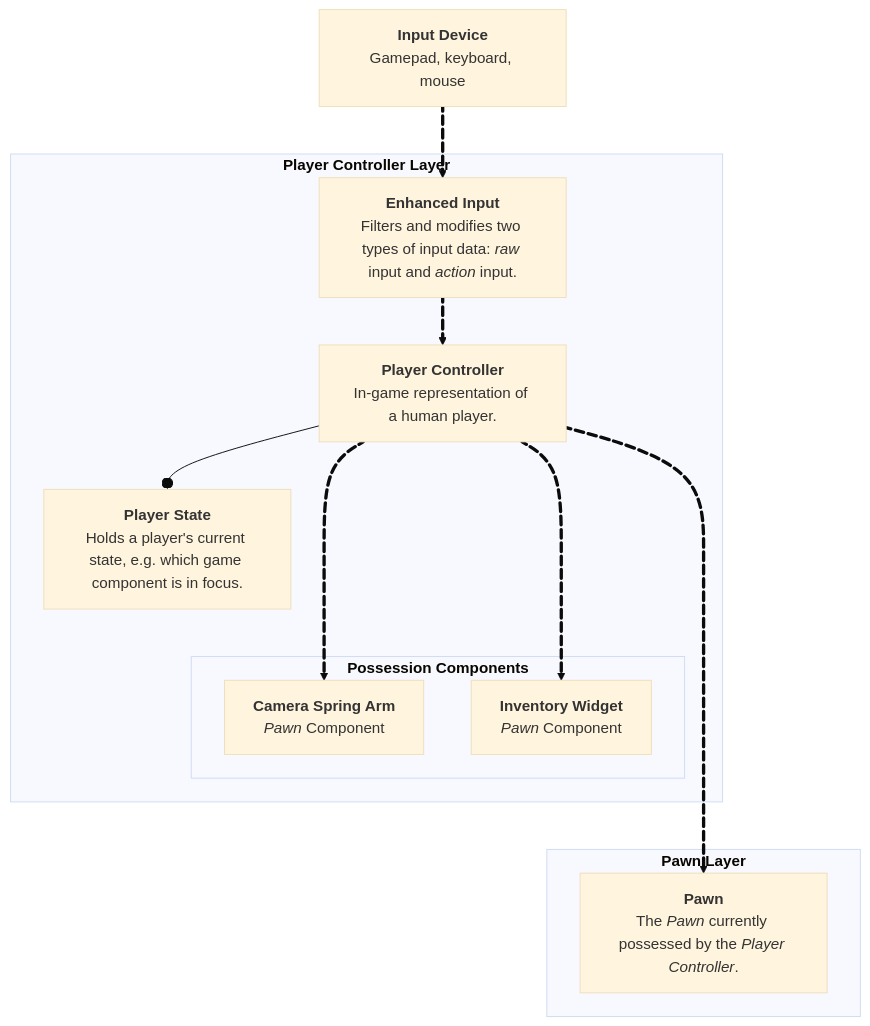
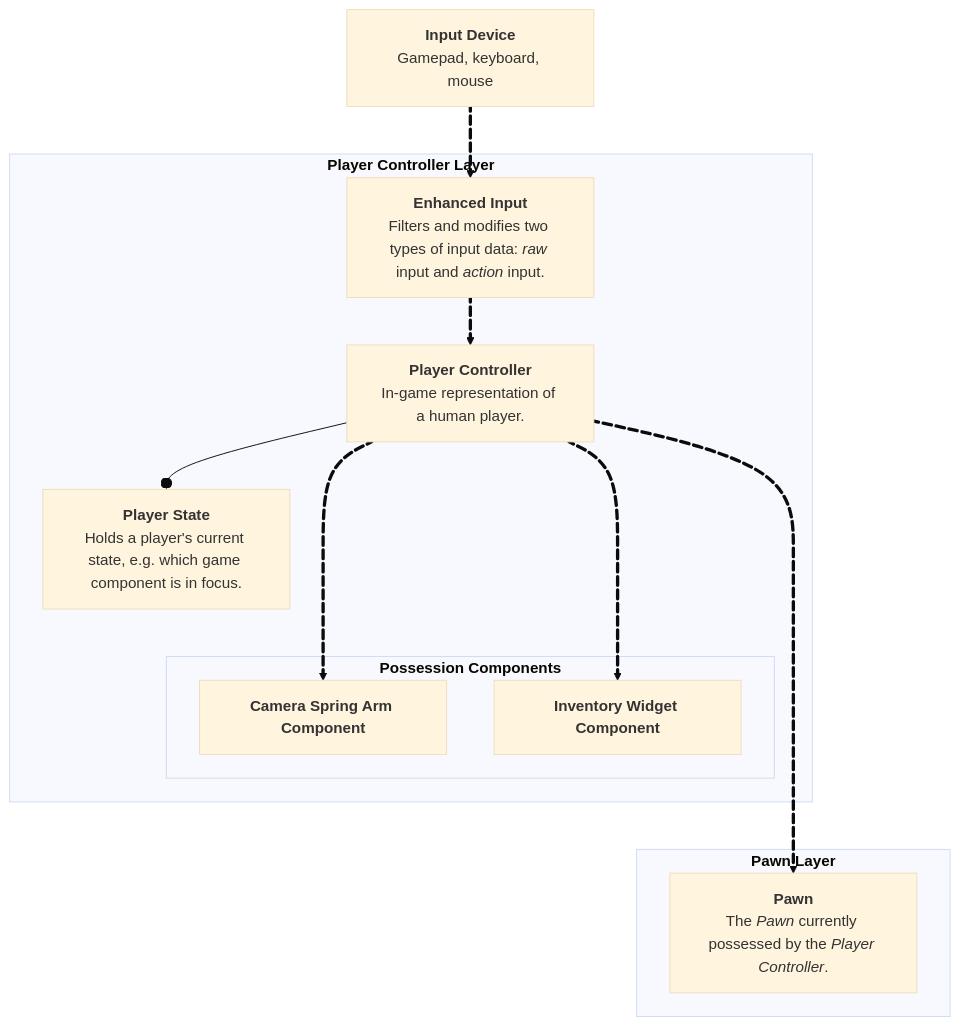
Before and after one commit to mugenmelon/mugenmelon.github.io: the third of 4 diagrams in _posts/1970-01-01-mugen-devlog-1.md, drawn with Mermaid (base theme). The commit also changed other lines of this file, not shown here.

Commit message:
Pawn Layer Model

```diff
--- a/_posts/1970-01-01-mugen-devlog-1.md
+++ b/_posts/1970-01-01-mugen-devlog-1.md
@@ -370,53 +370,47 @@
 <pre class="mermaid">
 flowchart
     input-device["`
         **Input Device**
         Gamepad, keyboard, mouse
     `"]
 
     subgraph player-controller-layer["`**Player Controller Layer**`"]
         enhanced-input["`
             **Enhanced Input**
             Filters and modifies two types of input data: *raw* input and *action* input.
         `"]
         player-state["`
             **Player State**
             Holds a player's current state, e.g. which game component is in focus.
         `"]
         player-controller["`
             **Player Controller**
             In-game representation of a human player.
         `"]
 
         subgraph possession-comps["`**Possession Components**`"]
-            camera-spring-arm-comp["`
-                **Camera Spring Arm**
-                *Pawn* Component
-            `"]
-            inventory-widget-comp["`
-                **Inventory Widget**
-                *Pawn* Component
-            `"]
+            camera-spring-arm-comp["`**Camera Spring Arm Component**`"]
+            inventory-widget-comp["`**Inventory Widget Component**`"]
         end
     end
 
     subgraph pawn-layer["`**Pawn Layer**`"]
         pawn["`
             **Pawn**
             The *Pawn* currently possessed by the *Player Controller*.
         `"]
     end
 
     input-device e1@==> enhanced-input
     enhanced-input e2@==> player-controller
     player-controller --o player-state
     player-controller e3@===> camera-spring-arm-comp
     player-controller e4@===> inventory-widget-comp
     player-controller e5@====> pawn
 
     e1@{ animate: true }
     e2@{ animate: true }
     e3@{ animate: true }
     e4@{ animate: true }
     e5@{ animate: true }
 </pre>
```
